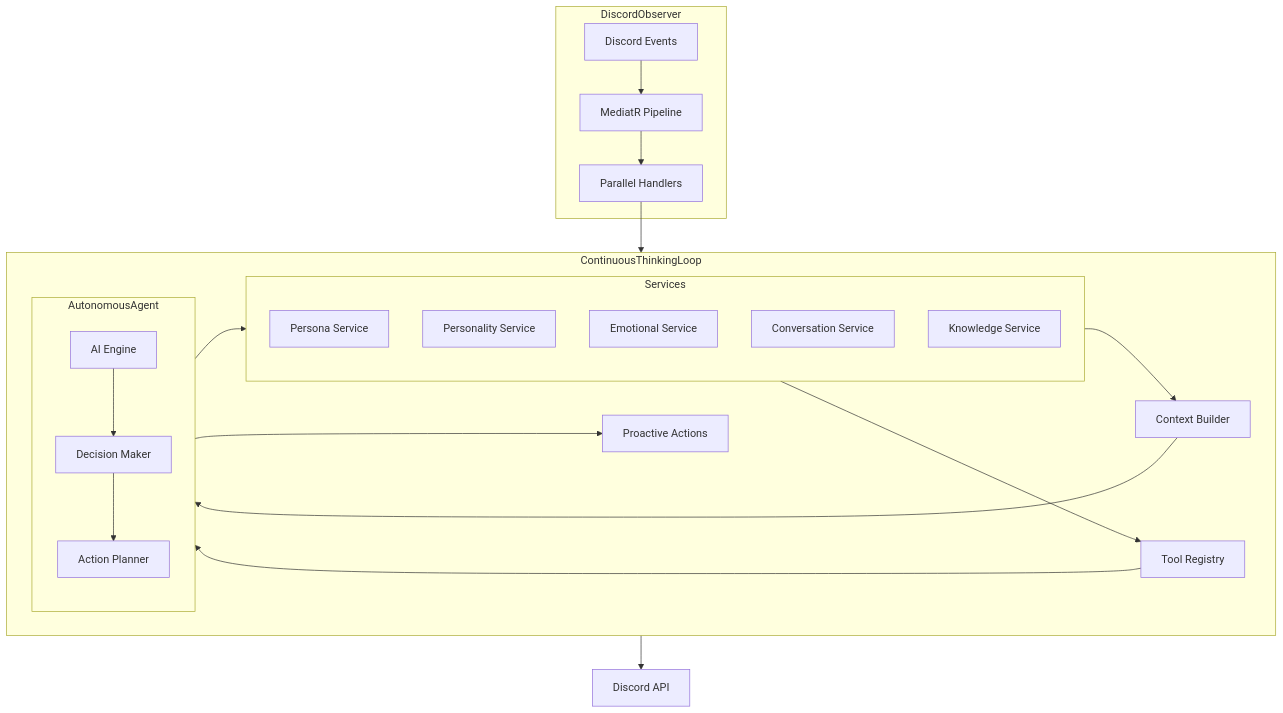
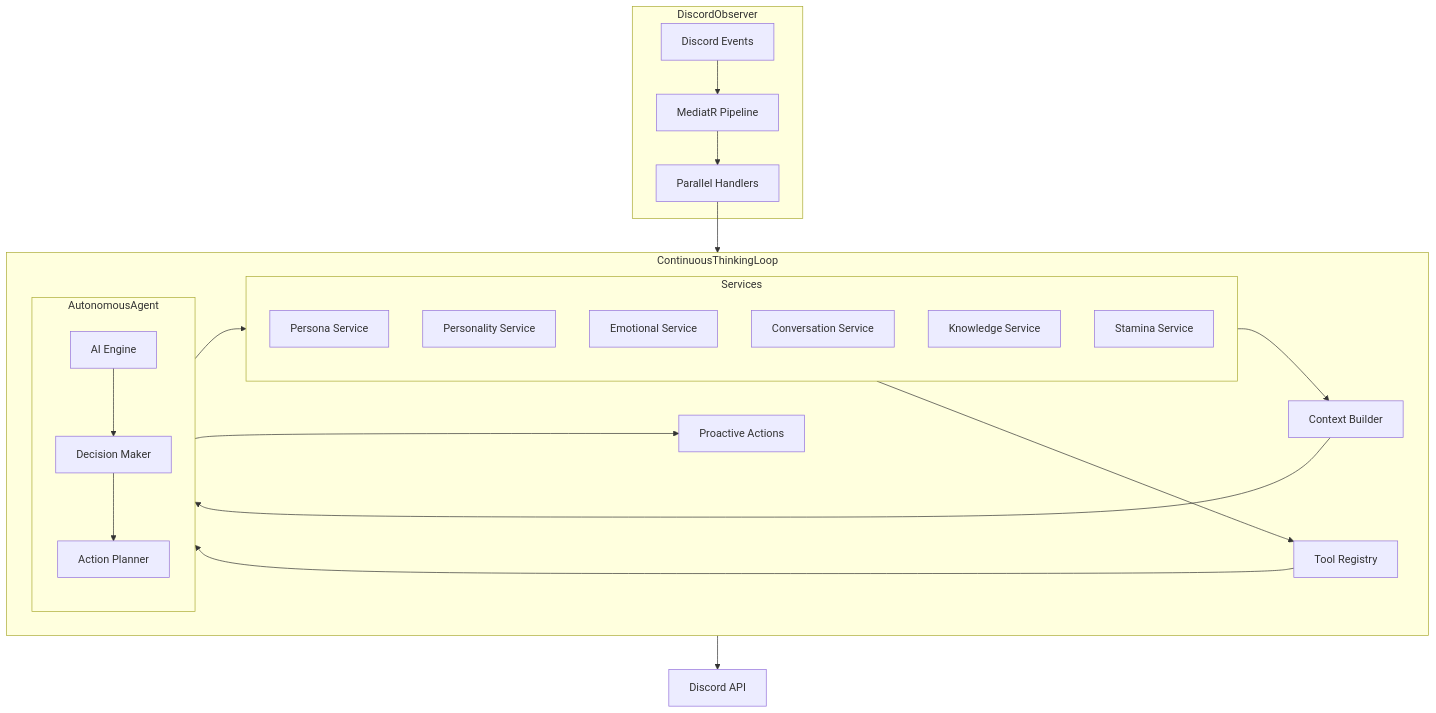
One commit to BoundlessStudio/ElectricRaspberry changed the diagram in README.md. Above: the diagram before and after it, drawn with Mermaid. The commit also changed other lines of this file, not shown here.

````diff
--- a/README.md
+++ b/README.md
@@ -84,39 +107,40 @@
 ```mermaid
 flowchart TB
     subgraph DiscordObserver
         DiscordEvents[Discord Events] --> MediatR[MediatR Pipeline]
         MediatR --> ParallelHandlers[Parallel Handlers]
     end
-    
+
     subgraph ContinuousThinkingLoop
         direction LR
-        
+
         subgraph Services
             PersonaService[Persona Service]
             PersonalityService[Personality Service]
             EmotionalService[Emotional Service]
             ConversationService[Conversation Service]
             KnowledgeService[Knowledge Service]
+            StaminaService[Stamina Service]
         end
-        
+
         ContextBuilder[Context Builder]
         ToolRegistry[Tool Registry]
-        
+
         Services --> ContextBuilder
         Services --> ToolRegistry
-        
+
         subgraph AutonomousAgent
             direction TB
             AI[AI Engine] --> DecisionMaker[Decision Maker]
             DecisionMaker --> ActionPlanner[Action Planner]
         end
-        
+
         ContextBuilder --> AutonomousAgent
         ToolRegistry --> AutonomousAgent
         AutonomousAgent --> ProactiveActions[Proactive Actions]
         AutonomousAgent --> Services
     end
-    
+
     ParallelHandlers --> Services
     ProactiveActions --> DiscordAPI[Discord API]
 ```
````
